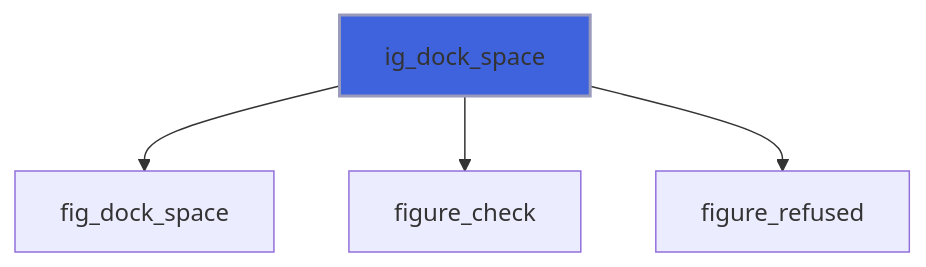
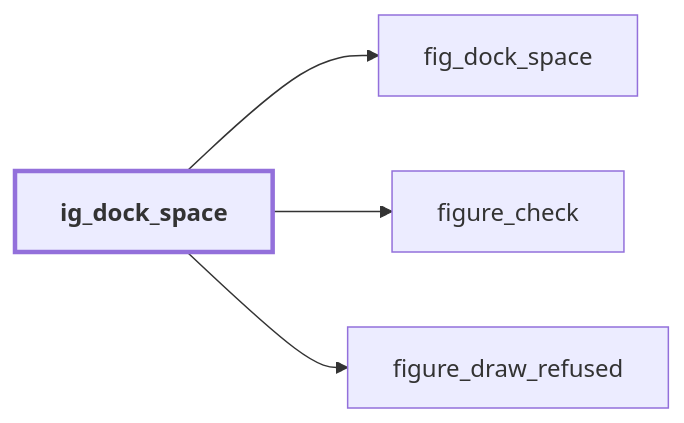
One commit to szaghi/figure changed the second of 9 diagrams in docs/api/src/lib/figure_dock.md. Above: the diagram before and after it, drawn with Mermaid. The commit also changed other lines of this file and 54 other files, not shown here.

````diff
--- a/docs/api/src/lib/figure_dock.md
+++ b/docs/api/src/lib/figure_dock.md
@@ -81,7 +89,11 @@
 ```mermaid
-flowchart TD
+flowchart LR
   ig_dock_space["ig_dock_space"] --> fig_dock_space["fig_dock_space"]
   ig_dock_space["ig_dock_space"] --> figure_check["figure_check"]
-  ig_dock_space["ig_dock_space"] --> figure_refused["figure_refused"]
-  style ig_dock_space fill:#3e63dd,stroke:#99b,stroke-width:2px
+  ig_dock_space["ig_dock_space"] --> figure_draw_refused["figure_draw_refused"]
+  classDef focus stroke-width:3px,font-weight:bold
+  class ig_dock_space focus
+  click figure_draw_refused href "figure_base.html#figure-draw-refused" "figure_draw_refused"
+  click figure_check href "figure_base.html#figure-check" "figure_check"
+  click fig_dock_space href "figure_c_native.html#fig-dock-space" "fig_dock_space"
 ```
````
